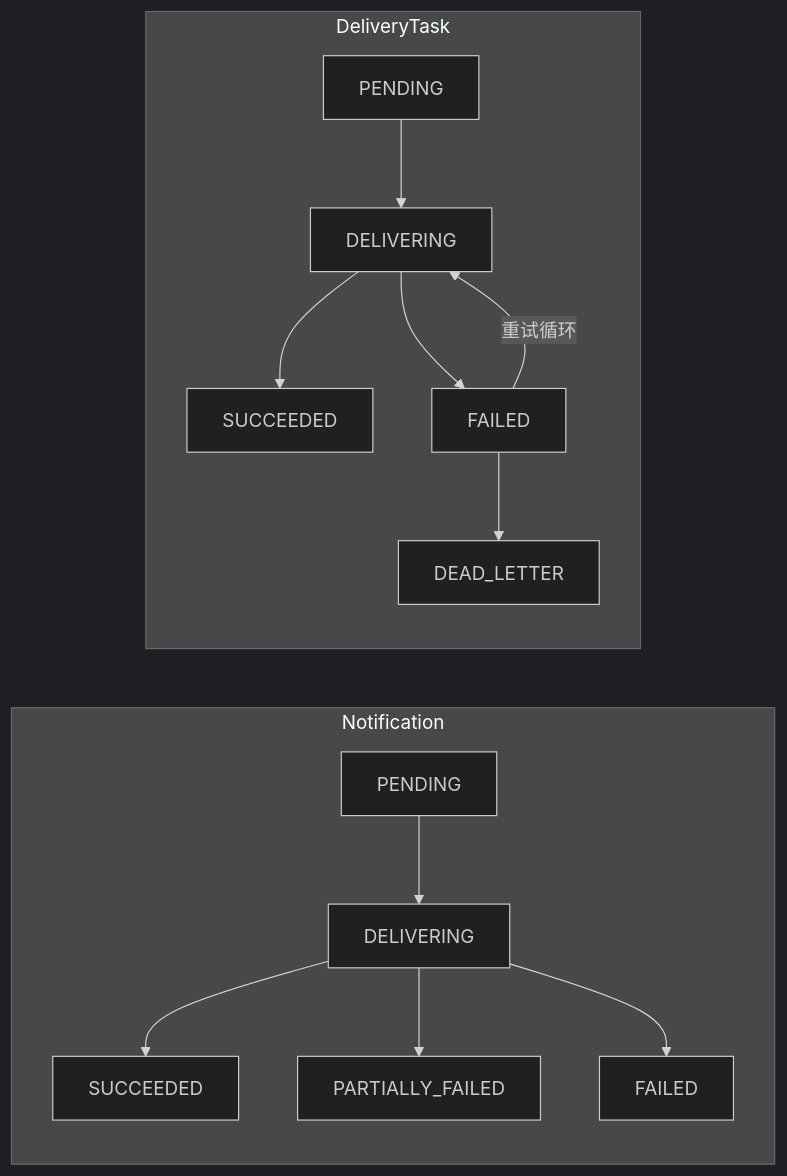
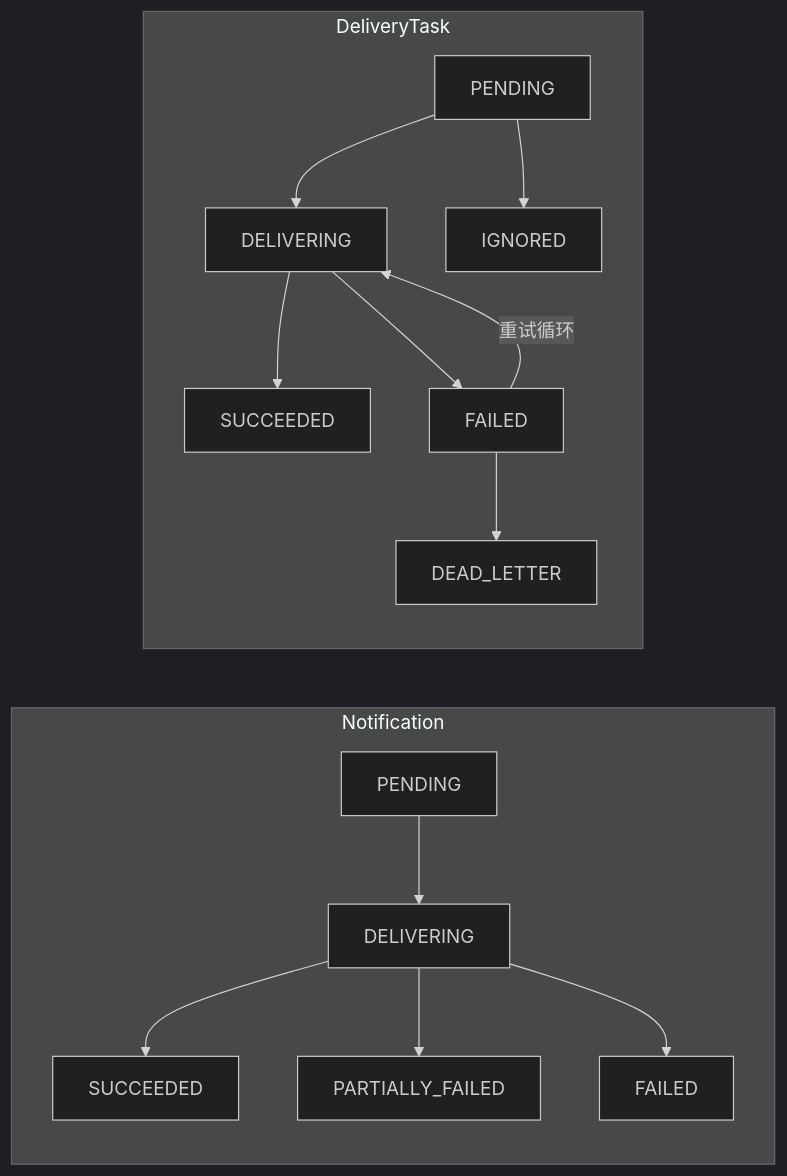
One commit to xnslong/rc_xnslong changed the second of 20 diagrams in doc/requirements/202605-notification-design-hld.md. Above: the diagram before and after it, drawn with Mermaid (dark theme). The commit also changed other lines of this file and 27 other files, not shown here.

````diff
--- a/doc/requirements/202605-notification-design-hld.md
+++ b/doc/requirements/202605-notification-design-hld.md
@@ -128,17 +180,18 @@
 ```mermaid
 flowchart LR
     subgraph NOTIF["Notification"]
         NP[PENDING] --> ND[DELIVERING]
         ND --> NS[SUCCEEDED]
         ND --> NPF[PARTIALLY_FAILED]
         ND --> NF[FAILED]
     end
 
     subgraph TASK["DeliveryTask"]
         TP[PENDING] --> TD[DELIVERING]
+        TP --> TI[IGNORED]
         TD --> TS[SUCCEEDED]
         TD --> TF[FAILED]
         TF -->|重试循环| TD
         TF --> DL[DEAD_LETTER]
     end
 ```
````
